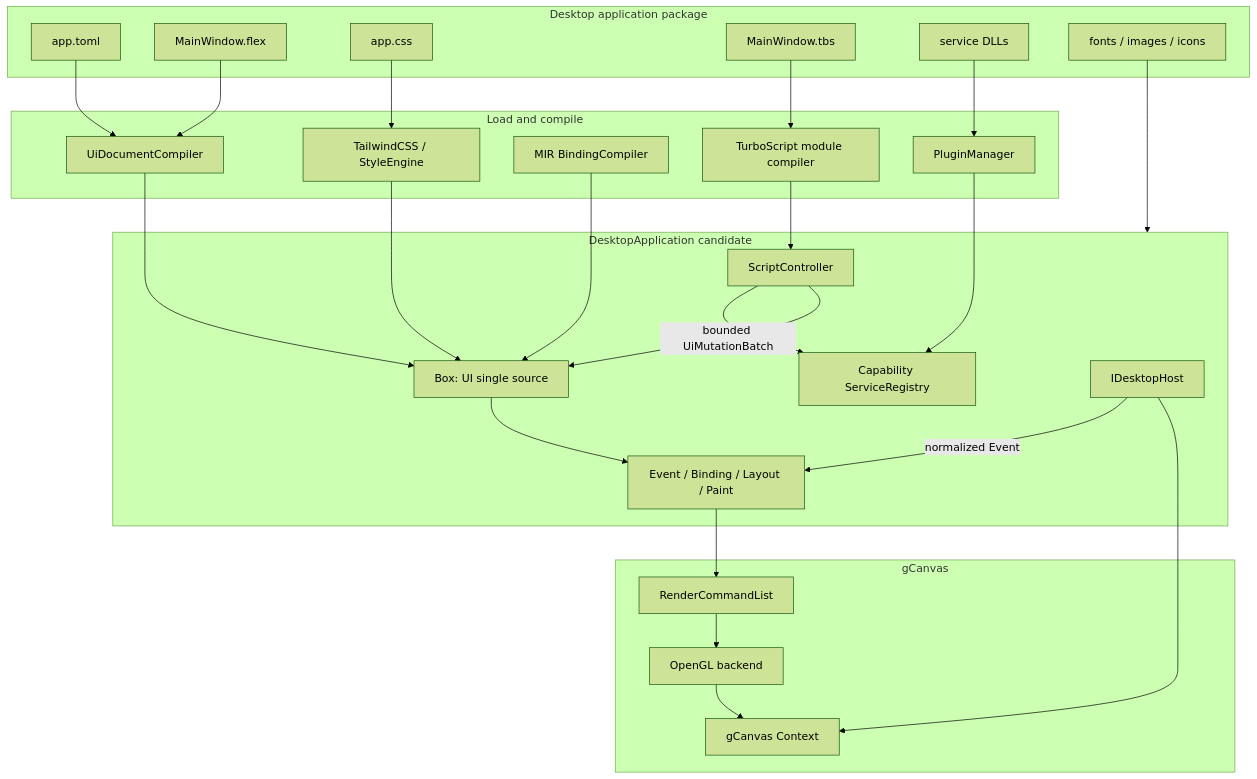
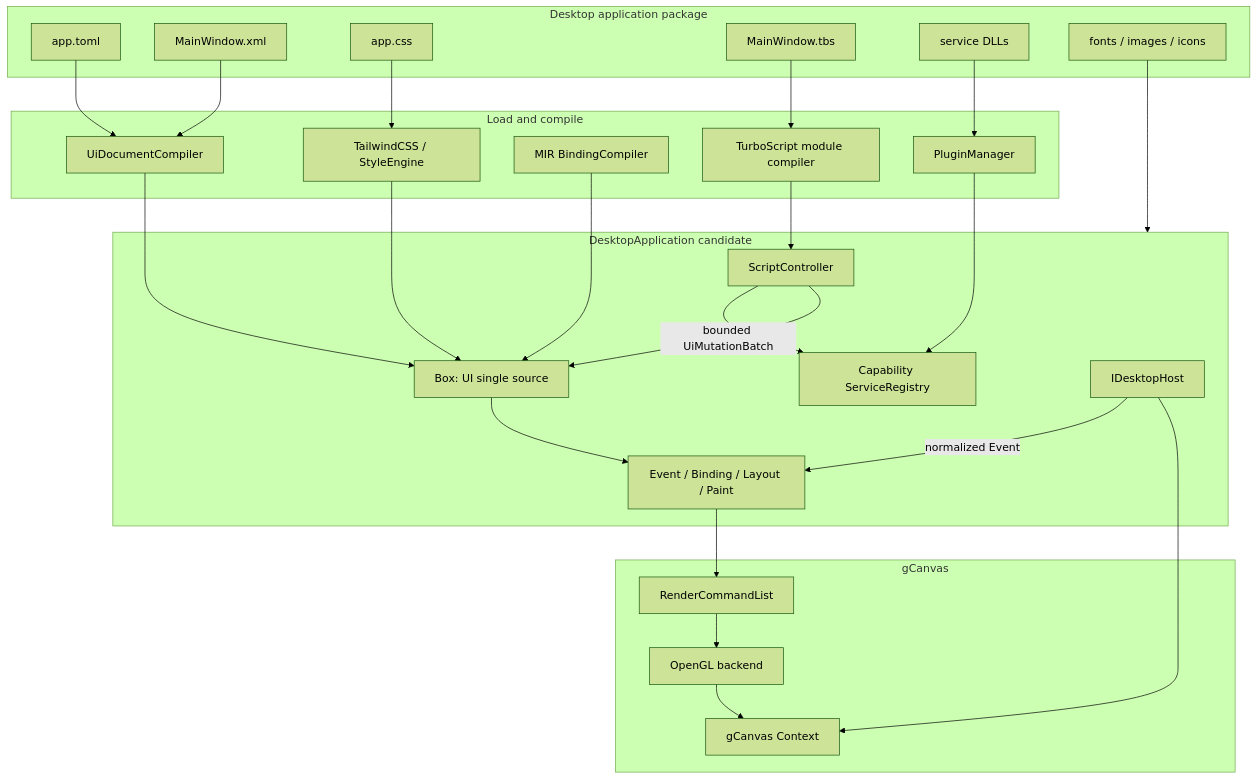
One commit to qigao/stun changed the first of 8 diagrams in flexUI/docs/FLEXUI_DESKTOP_DESIGN.md. Above: the diagram before and after it, drawn with Mermaid (forest theme). The commit also changed other lines of this file and 53 other files, not shown here.

Commit message:
feat: add FlexUI XML desktop application runtime

````diff
--- a/flexUI/docs/FLEXUI_DESKTOP_DESIGN.md
+++ b/flexUI/docs/FLEXUI_DESKTOP_DESIGN.md
@@ -111,53 +119,53 @@
 ```mermaid
 flowchart TB
     subgraph Package[Desktop application package]
         Manifest[app.toml]
-        Document[MainWindow.flex]
+        Document[MainWindow.xml]
         Styles[app.css]
         Script[MainWindow.tbs]
         Plugins[service DLLs]
         Assets[fonts / images / icons]
     end
 
     subgraph Compile[Load and compile]
         DocCompiler[UiDocumentCompiler]
         StyleCompiler[TailwindCSS / StyleEngine]
         BindingCompiler[MIR BindingCompiler]
         ScriptCompiler[TurboScript module compiler]
         PluginLoader[PluginManager]
     end
 
     subgraph Runtime[DesktopApplication candidate]
         Host[IDesktopHost]
         Controller[ScriptController]
         Services[Capability ServiceRegistry]
         Box[Box: UI single source]
         Pipeline[Event / Binding / Layout / Paint]
     end
 
     subgraph GPU[gCanvas]
         Commands[RenderCommandList]
         Backend[OpenGL backend]
         Context[gCanvas Context]
     end
 
     Manifest --> DocCompiler
     Document --> DocCompiler
     Styles --> StyleCompiler
     Script --> ScriptCompiler
     Plugins --> PluginLoader
     Assets --> Runtime
     DocCompiler --> Box
     StyleCompiler --> Box
     BindingCompiler --> Box
     ScriptCompiler --> Controller
     PluginLoader --> Services
     Controller --> Services
     Controller -->|bounded UiMutationBatch| Box
     Host -->|normalized Event| Pipeline
     Box --> Pipeline
     Pipeline --> Commands
     Commands --> Backend
     Host --> Context
     Backend --> Context
 ```
````
